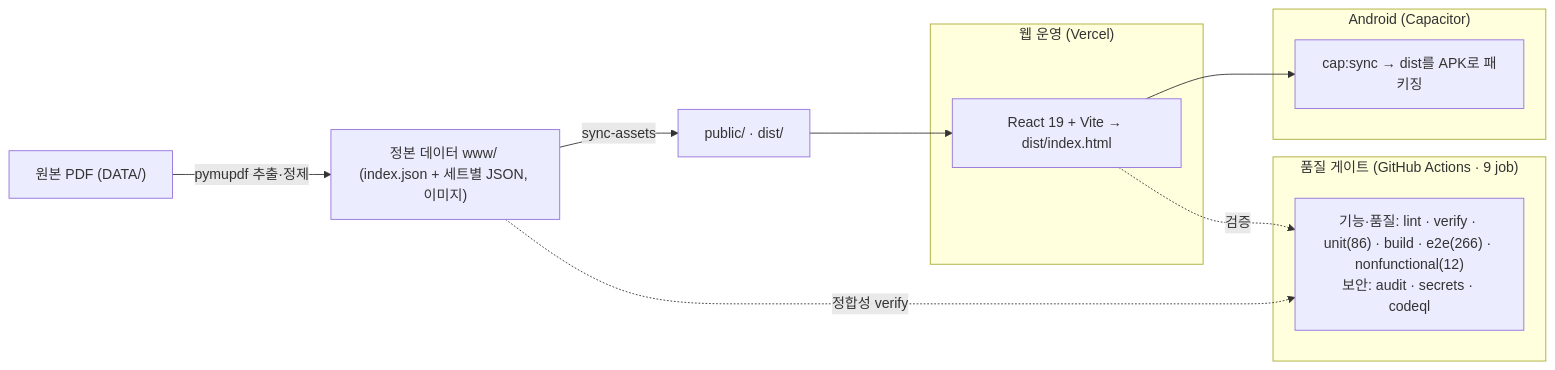
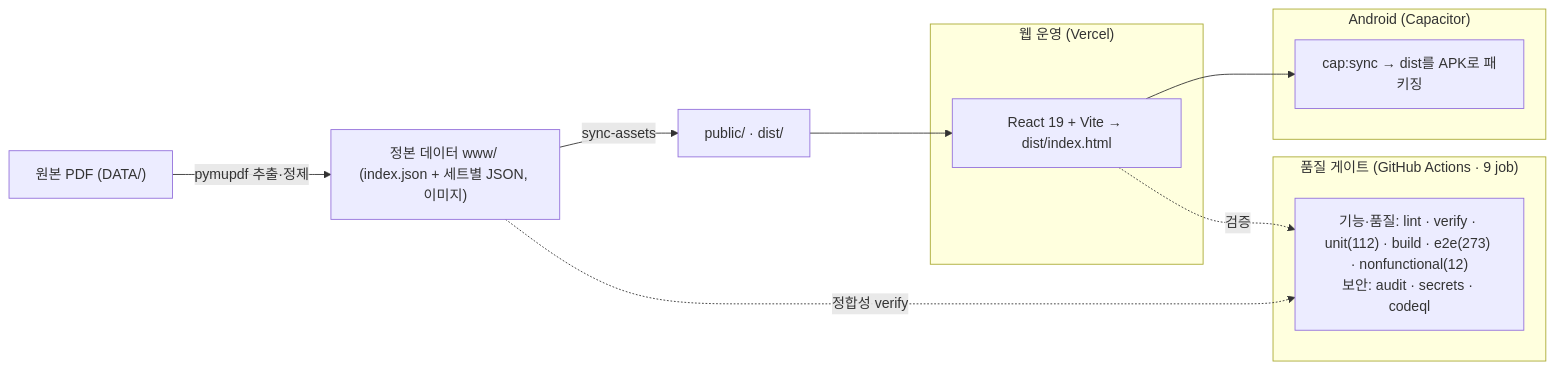
One commit to WindowHyun/ISTQB changed the diagram in README.md. Above: the diagram before and after it, drawn with Mermaid. The commit also changed other lines of this file and 1 other file, not shown here.

````diff
--- a/README.md
+++ b/README.md
@@ -174,20 +176,20 @@
 ```mermaid
 flowchart LR
   PDF["원본 PDF (DATA/)"] -->|pymupdf 추출·정제| SRC["정본 데이터 www/ (index.json + 세트별 JSON, 이미지)"]
   SRC -->|sync-assets| PUB["public/ · dist/"]
 
   subgraph 웹_운영["웹 운영 (Vercel)"]
     REACT["React 19 + Vite → dist/index.html"]
   end
   subgraph APK["Android (Capacitor)"]
     CAP["cap:sync → dist를 APK로 패키징"]
   end
   PUB --> REACT
   REACT --> CAP
 
   subgraph 품질["품질 게이트 (GitHub Actions · 9 job)"]
-    CI["기능·품질: lint · verify · unit(86) · build · e2e(266) · nonfunctional(12)<br/>보안: audit · secrets · codeql"]
+    CI["기능·품질: lint · verify · unit(112) · build · e2e(273) · nonfunctional(12)<br/>보안: audit · secrets · codeql"]
   end
   REACT -.검증.-> CI
   SRC -.정합성 verify.-> CI
 ```
````
